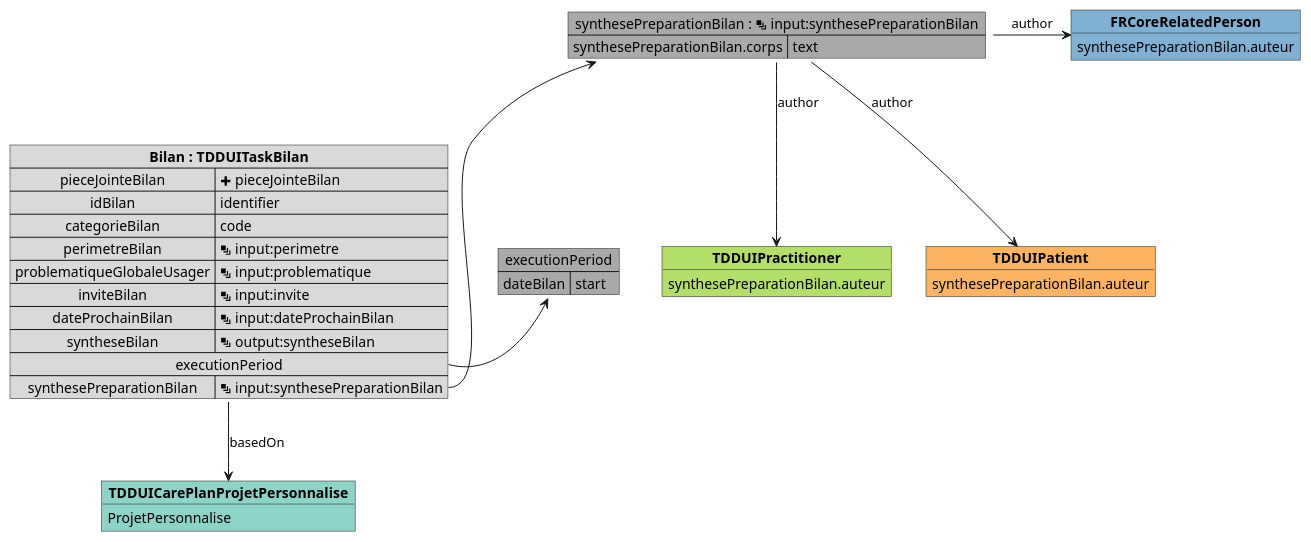
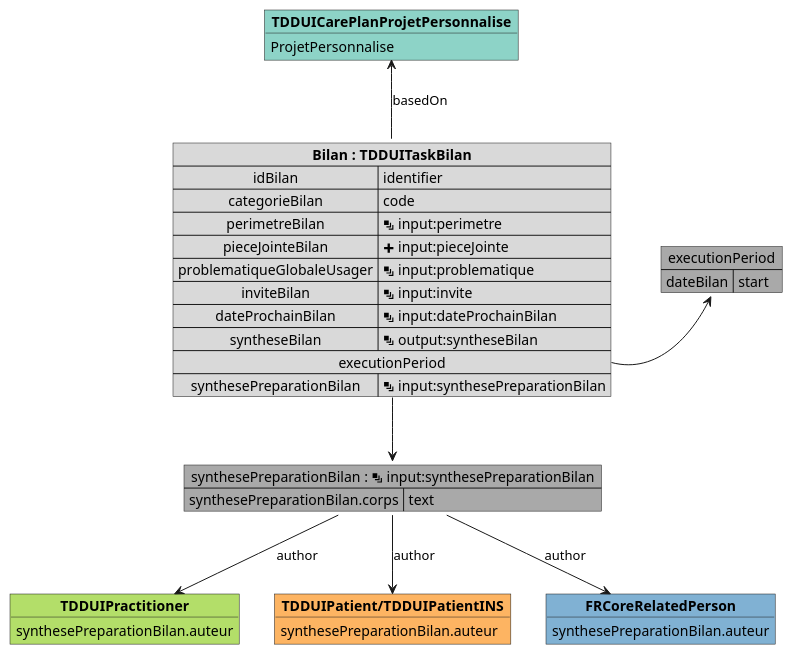
One commit to ansforge/IG-fhir-medicosocial-transfert-donnees-dui changed the diagram in input/images-source/mapping_TDDUITaskBilan.plantuml. Above: the diagram before and after it, drawn with PlantUML. The commit also changed 17 other files, not shown here.

```diff
--- a/input/images-source/mapping_TDDUITaskBilan.plantuml
+++ b/input/images-source/mapping_TDDUITaskBilan.plantuml
@@ -1,46 +1,45 @@
 @startuml
 
 map "executionPeriod" as executionPeriod #DarkGray {
     dateBilan => start
 }
 
 map "synthesePreparationBilan : <&layers> input:synthesePreparationBilan" as synthesePreparationBilan #DarkGray {
         synthesePreparationBilan.corps => text
 }
 
 object "**TDDUIPractitioner**" as TDDUIPractitioner #b3de69 {
     synthesePreparationBilan.auteur
 }
 
-object "**TDDUIPatient**" as TDDUIPatient #fdb462 {
+object "**TDDUIPatient/TDDUIPatientINS**" as TDDUIPatient #fdb462 {
     synthesePreparationBilan.auteur
 }
 
 object "**FRCoreRelatedPerson**" as FRCoreRelatedPerson #80b1d3 {
     synthesePreparationBilan.auteur
 }
 
 object "**TDDUICarePlanProjetPersonnalise**" as TDDUICarePlanProjetPersonnalise_basedOn #8dd3c7 {
     ProjetPersonnalise
 }
 
 map "**Bilan : TDDUITaskBilan**" as Bilan #d9d9d9 {
-    pieceJointeBilan => <&plus> pieceJointeBilan
     idBilan => identifier
     categorieBilan => code
     perimetreBilan => <&layers> input:perimetre
+    pieceJointeBilan => <&plus> input:pieceJointe
     problematiqueGlobaleUsager => <&layers> input:problematique
     inviteBilan => <&layers> input:invite
     dateProchainBilan => <&layers> input:dateProchainBilan
     syntheseBilan => <&layers> output:syntheseBilan
     executionPeriod *-> executionPeriod
     synthesePreparationBilan => <&layers> input:synthesePreparationBilan
 }
 
-Bilan::synthesePreparationBilan -u-> synthesePreparationBilan
+Bilan::synthesePreparationBilan -down-> synthesePreparationBilan
 synthesePreparationBilan --> TDDUIPractitioner : author
 synthesePreparationBilan --> TDDUIPatient : author
-synthesePreparationBilan -> FRCoreRelatedPerson : author
-Bilan -d-> TDDUICarePlanProjetPersonnalise_basedOn : basedOn
-
+synthesePreparationBilan --> FRCoreRelatedPerson : author
+Bilan -u-> TDDUICarePlanProjetPersonnalise_basedOn : basedOn
 @enduml
```
